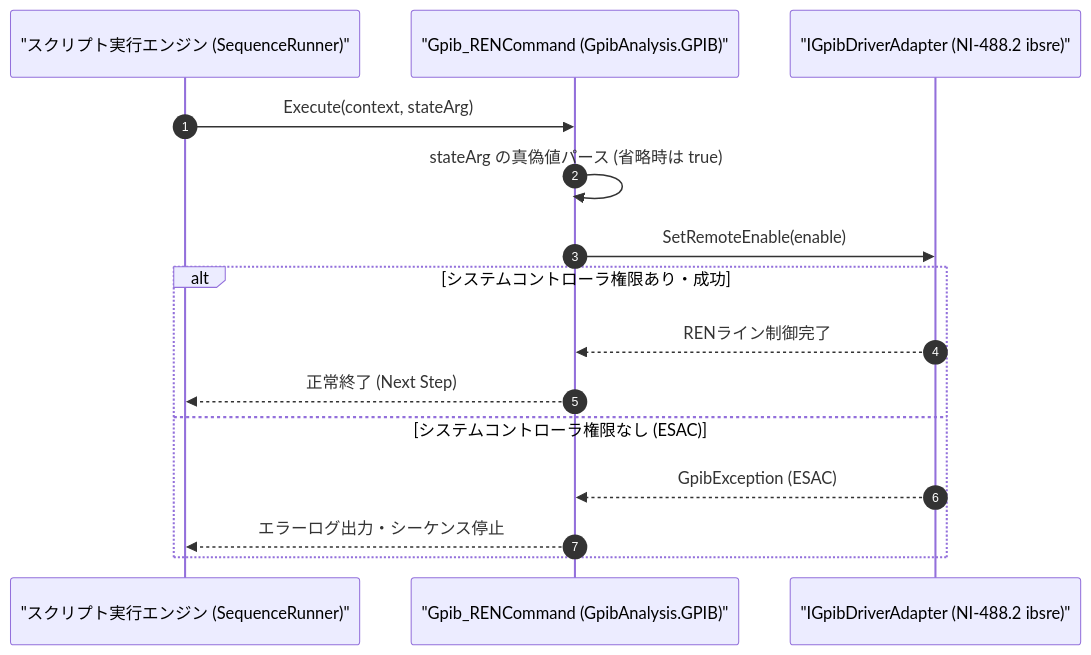
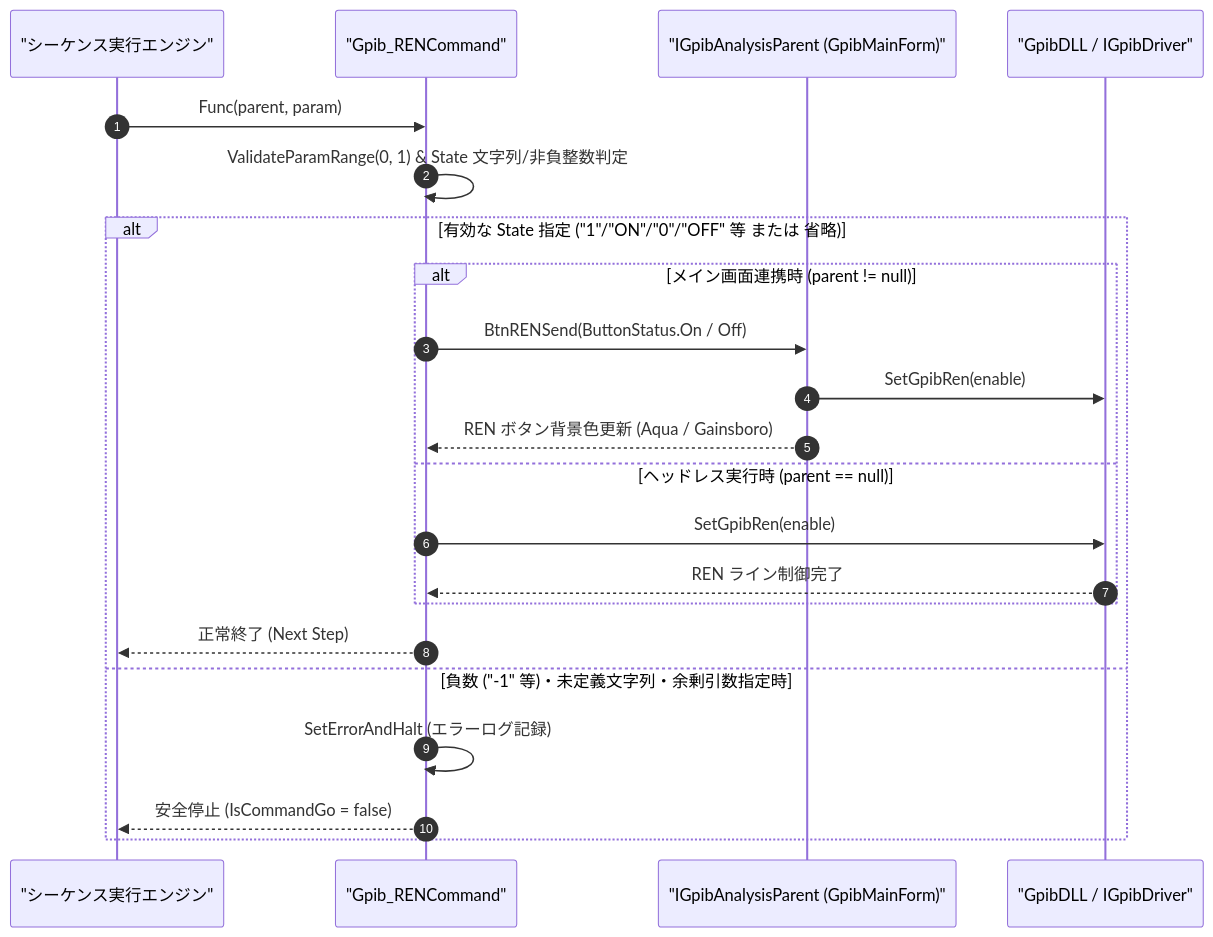
The diagram in Manual/GPIB/Gpib_REN.Md (Monaca-App/GpibAddIn), drawn with Mermaid before and after one commit. The commit also changed other lines of this file and 32 other files, not shown here.

````diff
--- a/Manual/GPIB/Gpib_REN.Md
+++ b/Manual/GPIB/Gpib_REN.Md
@@ -65,18 +65,25 @@
 ```mermaid
 sequenceDiagram
     autonumber
-    participant Script as "スクリプト実行エンジン (SequenceRunner)"
-    participant Cmd as "Gpib_RENCommand (GpibAnalysis.GPIB)"
-    participant Drv as "IGpibDriverAdapter (NI-488.2 ibsre)"
+    participant Script as "シーケンス実行エンジン"
+    participant Cmd as "Gpib_RENCommand"
+    participant Parent as "IGpibAnalysisParent (GpibMainForm)"
+    participant Dll as "GpibDLL / IGpibDriver"
 
-    Script->>Cmd: Execute(context, stateArg)
-    Cmd->>Cmd: stateArg の真偽値パース (省略時は true)
-    Cmd->>Drv: SetRemoteEnable(enable)
-    alt システムコントローラ権限あり・成功
-        Drv-->>Cmd: RENライン制御完了
+    Script->>Cmd: Func(parent, param)
+    Cmd->>Cmd: ValidateParamRange(0, 1) & State 文字列/非負整数判定
+    alt 有効な State 指定 ("1"/"ON"/"0"/"OFF" 等 または 省略)
+        alt メイン画面連携時 (parent != null)
+            Cmd->>Parent: BtnRENSend(ButtonStatus.On / Off)
+            Parent->>Dll: SetGpibRen(enable)
+            Parent-->>Cmd: REN ボタン背景色更新 (Aqua / Gainsboro)
+        else ヘッドレス実行時 (parent == null)
+            Cmd->>Dll: SetGpibRen(enable)
+            Dll-->>Cmd: REN ライン制御完了
+        end
         Cmd-->>Script: 正常終了 (Next Step)
-    else システムコントローラ権限なし (ESAC)
-        Drv-->>Cmd: GpibException (ESAC)
-        Cmd-->>Script: エラーログ出力・シーケンス停止
+    else 負数 ("-1" 等)・未定義文字列・余剰引数指定時
+        Cmd->>Cmd: SetErrorAndHalt (エラーログ記録)
+        Cmd-->>Script: 安全停止 (IsCommandGo = false)
     end
 ```
````
